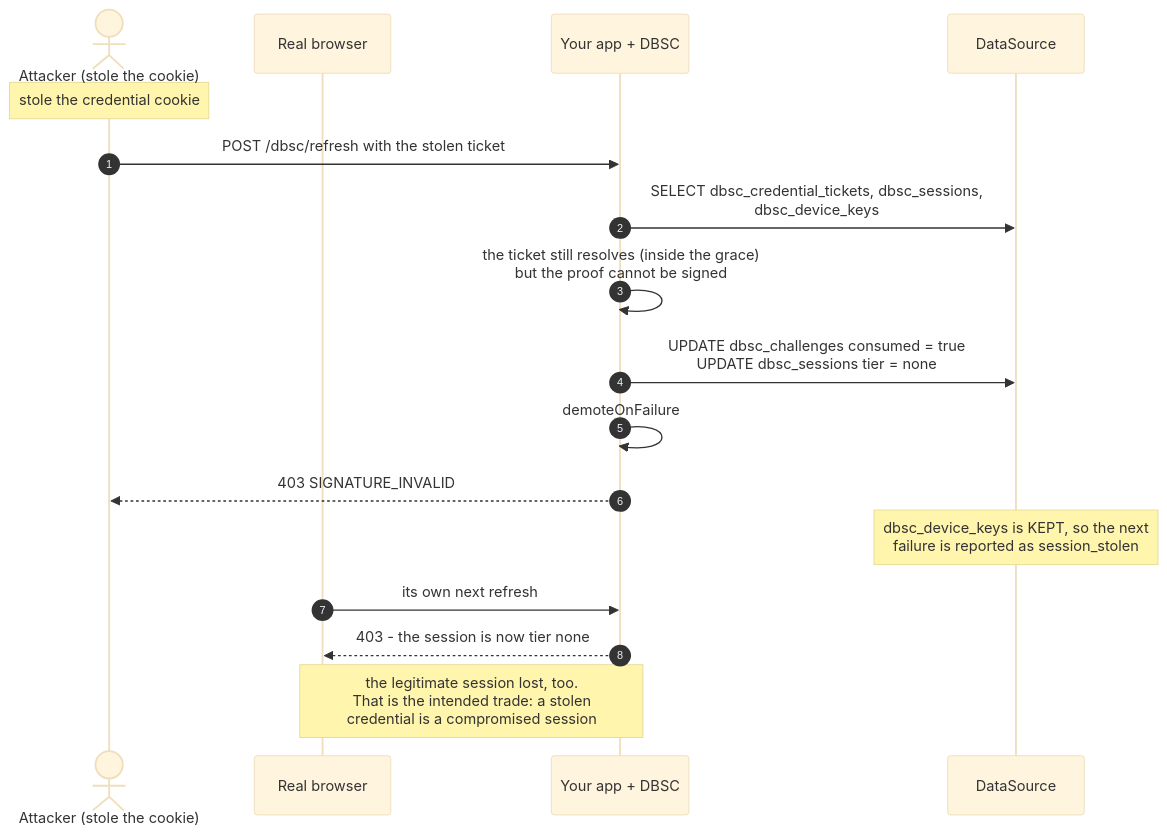
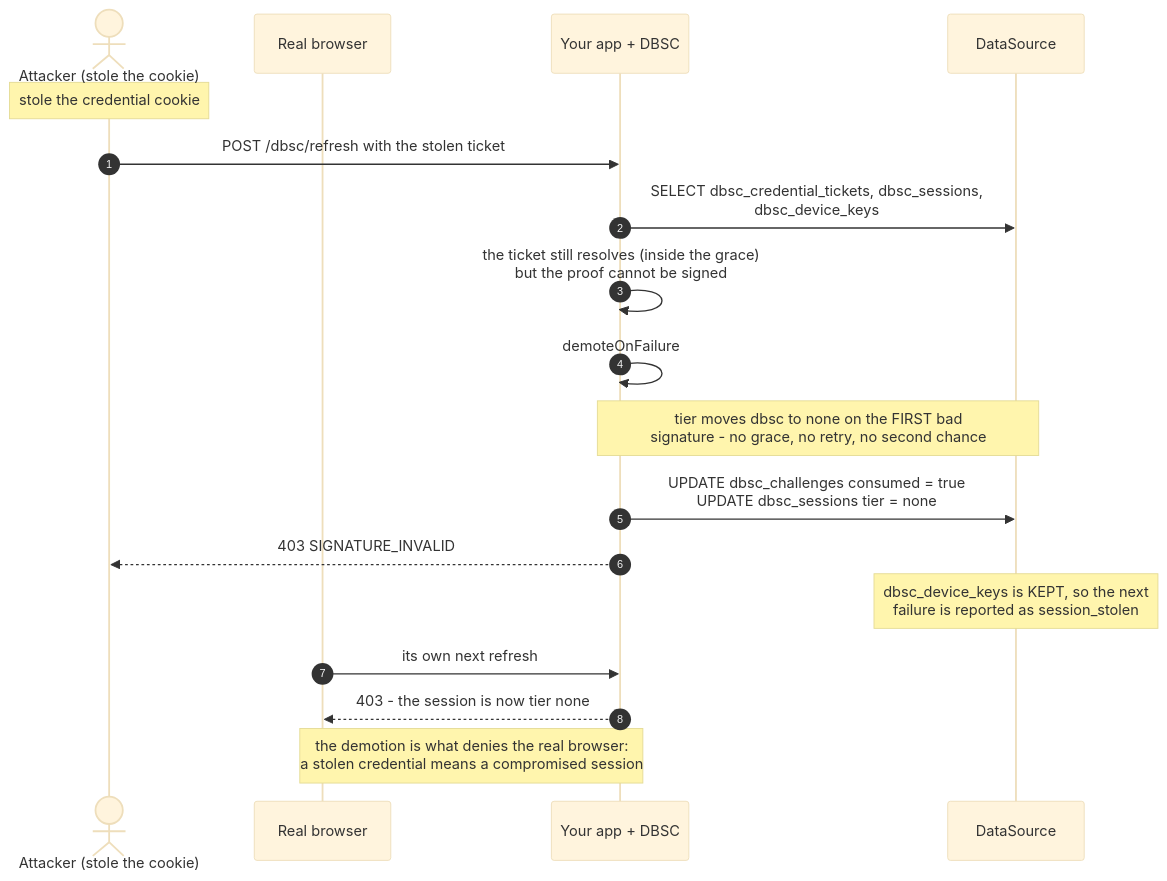
Before and after one commit to yuukioosaka/spring-dbsc: the sixth of 12 diagrams in README.md, drawn with Mermaid (base theme). The commit also changed other lines of this file, not shown here.

First line of the commit message:
README: mark the tier transitions in the Phase 1, 3 and 4 diagrams

````diff
--- a/README.md
+++ b/README.md
@@ -652,21 +654,22 @@
 ```mermaid
 sequenceDiagram
     autonumber
     actor A as Attacker (stole the cookie)
     participant B as Real browser
     participant S as Your app + DBSC
     participant D as DataSource
 
     Note over A: stole the credential cookie
     A->>S: POST /dbsc/refresh with the stolen ticket
     S->>D: SELECT dbsc_credential_tickets, dbsc_sessions,<br/>dbsc_device_keys
     S->>S: the ticket still resolves (inside the grace)<br/>but the proof cannot be signed
+    S->>S: demoteOnFailure
+    Note over S,D: tier moves dbsc to none on the FIRST bad<br/>signature - no grace, no retry, no second chance
     S->>D: UPDATE dbsc_challenges consumed = true<br/>UPDATE dbsc_sessions tier = none
-    S->>S: demoteOnFailure
     S-->>A: 403 SIGNATURE_INVALID
     Note over D: dbsc_device_keys is KEPT, so the next<br/>failure is reported as session_stolen
 
     B->>S: its own next refresh
     S-->>B: 403 - the session is now tier none
-    Note over B,S: the legitimate session lost, too.<br/>That is the intended trade: a stolen<br/>credential is a compromised session
+    Note over B,S: the demotion is what denies the real browser:<br/>a stolen credential means a compromised session
 ```
````
